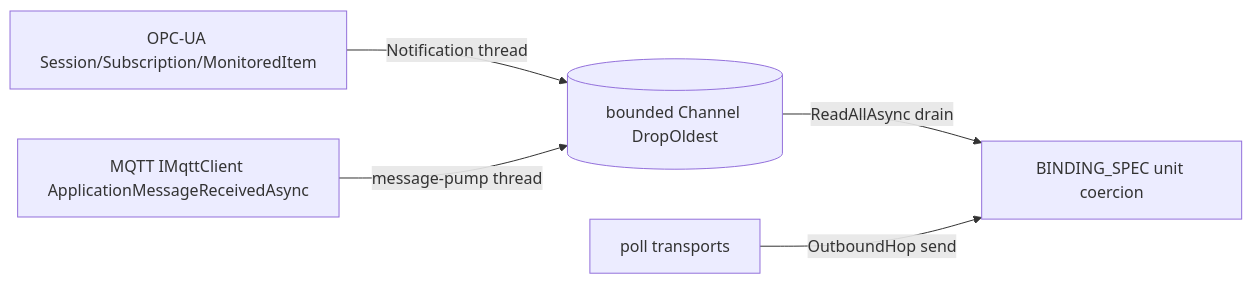
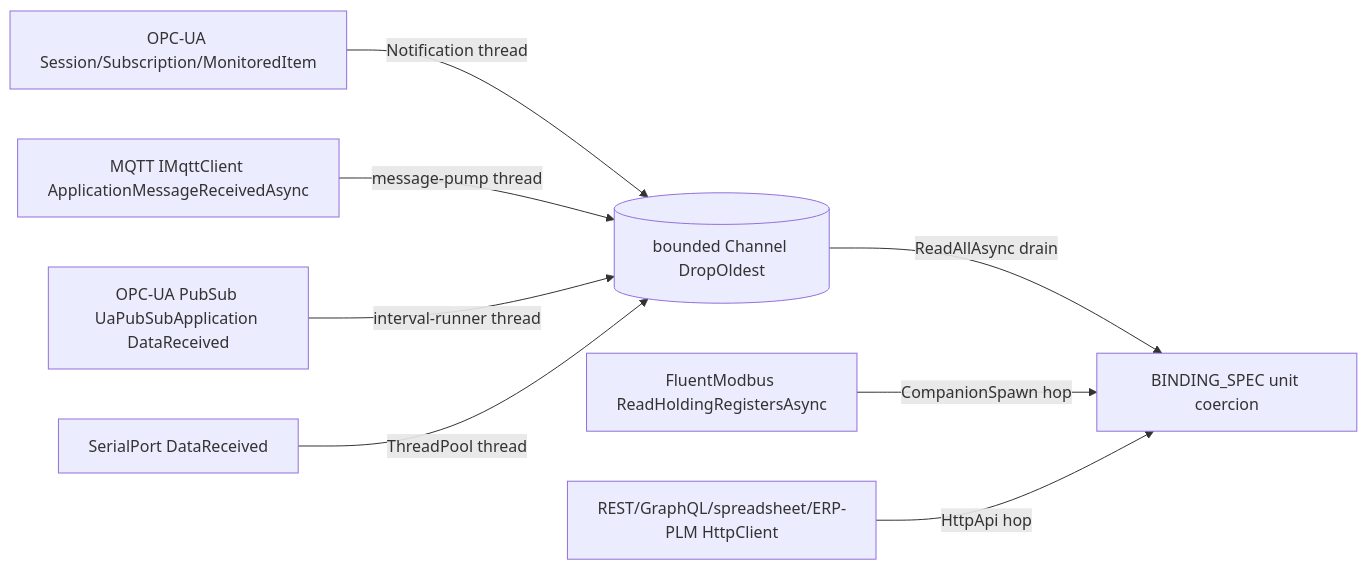
The first of 2 diagrams in libs/csharp/Rasm.AppHost/.planning/live-wire/live-wire.md (bsamiee/Rasm), drawn with Mermaid before and after one commit. The commit also changed other lines of this file and 265 other files, not shown here.

````diff
--- a/libs/csharp/Rasm.AppHost/.planning/live-wire/live-wire.md
+++ b/libs/csharp/Rasm.AppHost/.planning/live-wire/live-wire.md
@@ -318,7 +505,10 @@
 ```mermaid
 flowchart LR
     OpcUa[OPC-UA Session/Subscription/MonitoredItem] -->|Notification thread| Lane[(bounded Channel DropOldest)]
     Mqtt[MQTT IMqttClient ApplicationMessageReceivedAsync] -->|message-pump thread| Lane
+    PubSub[OPC-UA PubSub UaPubSubApplication DataReceived] -->|interval-runner thread| Lane
+    Serial[SerialPort DataReceived] -->|ThreadPool thread| Lane
     Lane -->|ReadAllAsync drain| Coerce[BINDING_SPEC unit coercion]
-    Poll[poll transports] -->|OutboundHop send| Coerce
+    Modbus[FluentModbus ReadHoldingRegistersAsync] -->|CompanionSpawn hop| Coerce
+    Http[REST/GraphQL/spreadsheet/ERP-PLM HttpClient] -->|HttpApi hop| Coerce
 ```
````
